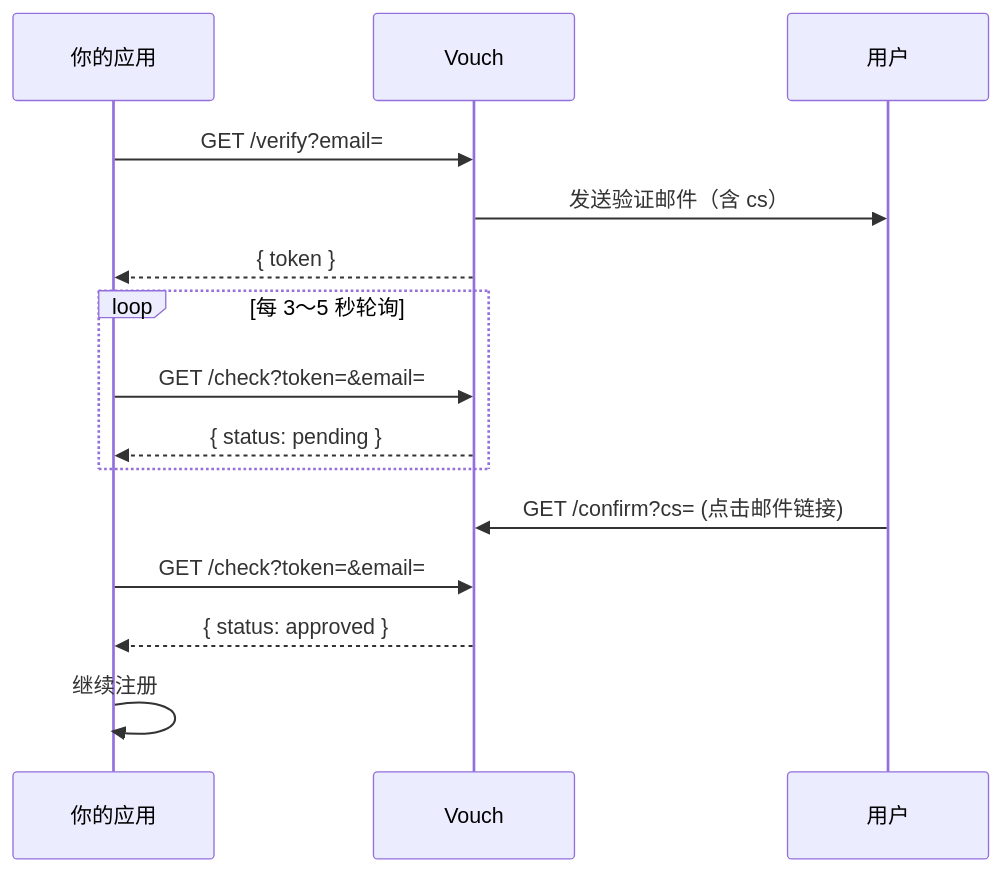
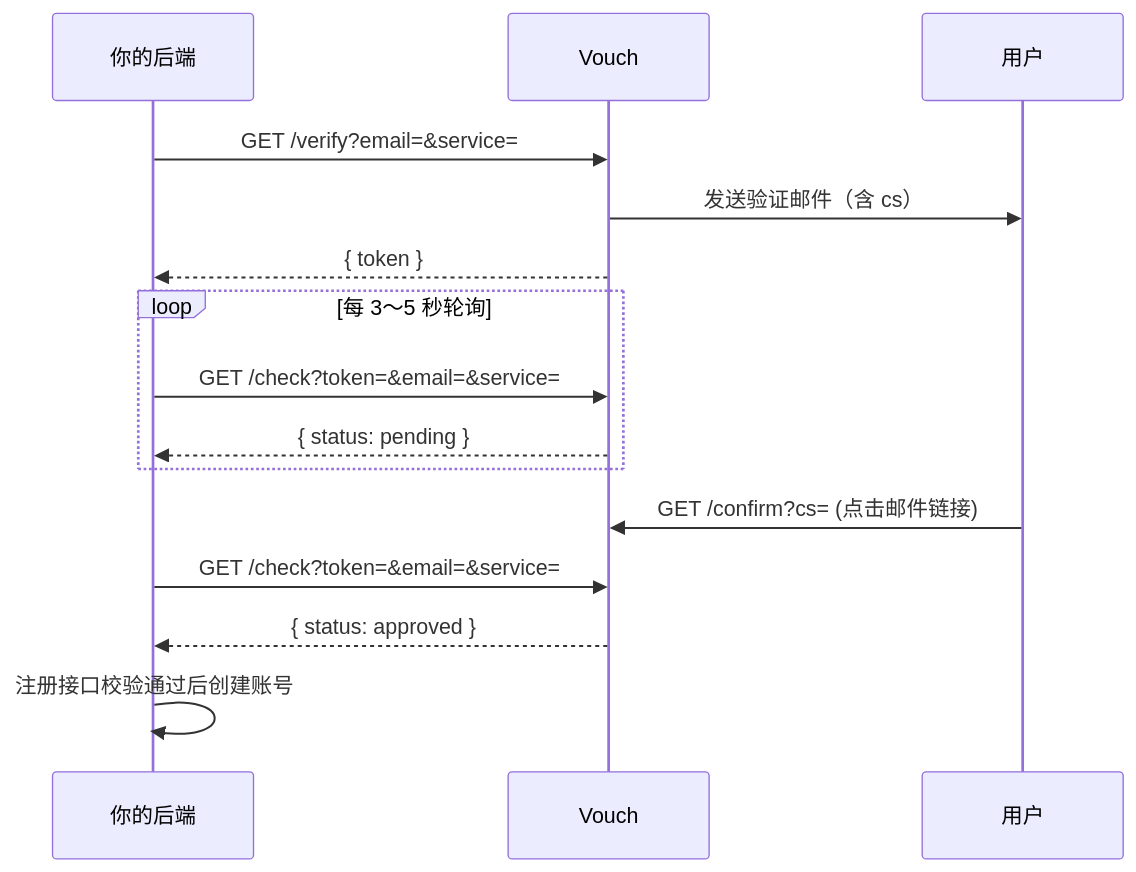
The diagram in readme.md (xolyn/vouch), drawn with Mermaid before and after one commit. The commit also changed other lines of this file and 1 other file, not shown here.

````diff
--- a/readme.md
+++ b/readme.md
@@ -5,18 +5,18 @@
 ```mermaid
 sequenceDiagram
-    participant App as 你的应用
+    participant App as 你的后端
     participant Vouch as Vouch
     participant User as 用户
 
-    App->>Vouch: GET /verify?email=
+    App->>Vouch: GET /verify?email=&service=
     Vouch->>User: 发送验证邮件（含 cs）
     Vouch-->>App: { token }
     loop 每 3～5 秒轮询
-        App->>Vouch: GET /check?token=&email=
+        App->>Vouch: GET /check?token=&email=&service=
         Vouch-->>App: { status: pending }
     end
     User->>Vouch: GET /confirm?cs= (点击邮件链接)
-    App->>Vouch: GET /check?token=&email=
+    App->>Vouch: GET /check?token=&email=&service=
     Vouch-->>App: { status: approved }
-    App->>App: 继续注册
+    App->>App: 注册接口校验通过后创建账号
 ```
````
